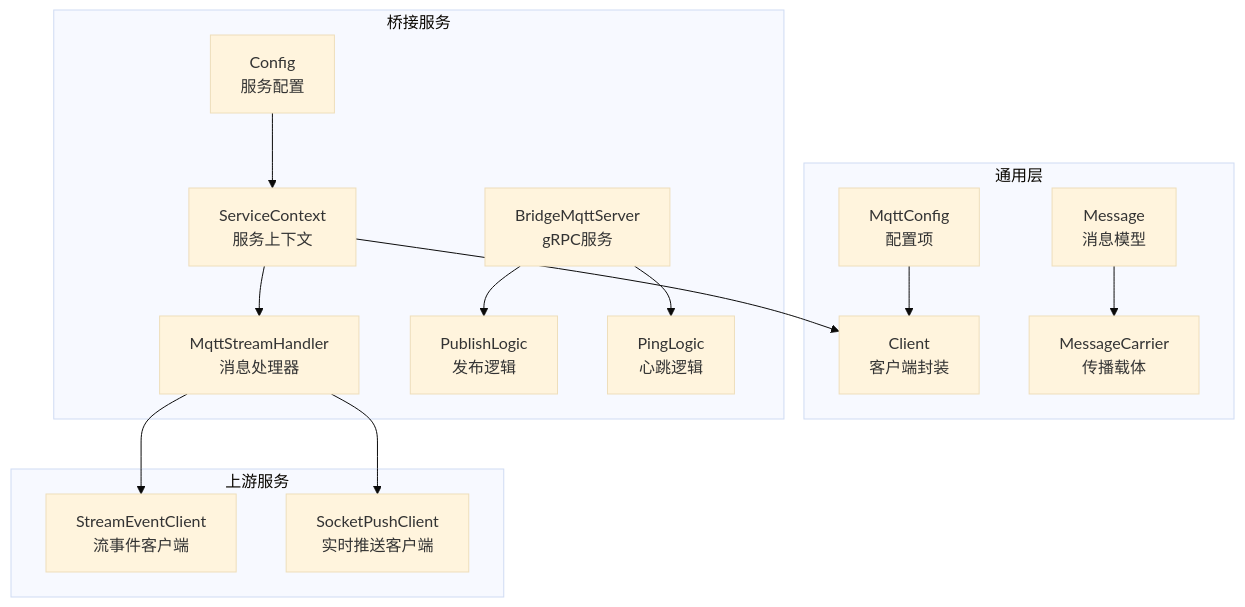
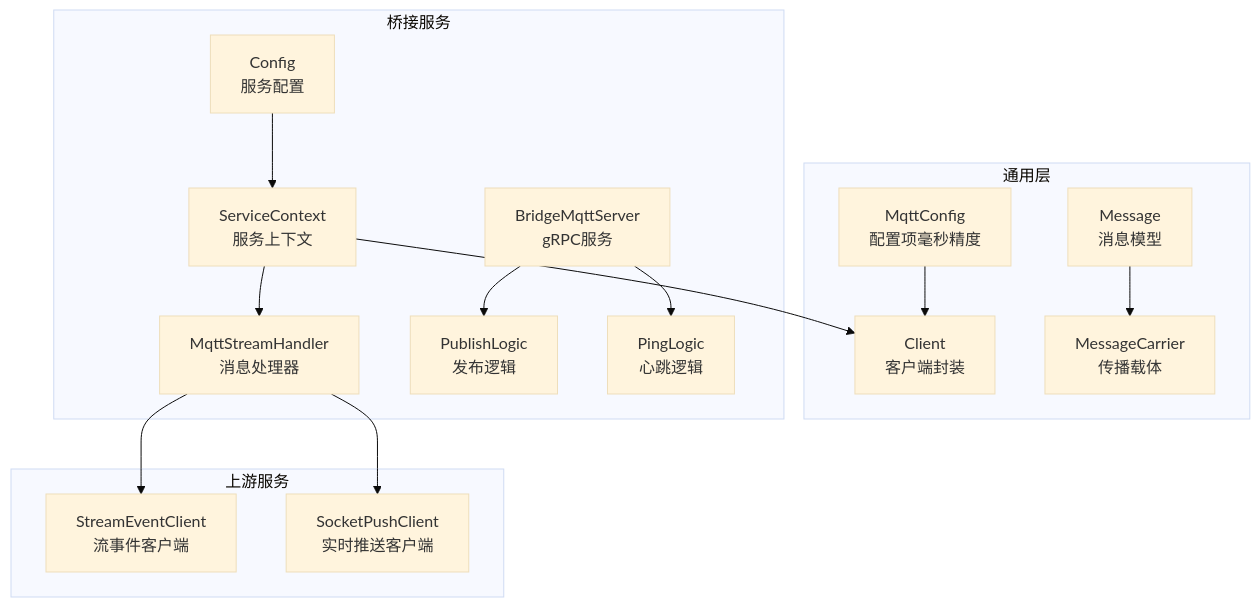
Before and after one commit to maomao94/zero-service: the first of 7 diagrams in .qoder/repowiki/zh/content/核心服务详解/MQTT 协议桥接服务/MQTT 客户端管理.md, drawn with Mermaid (base theme). The commit also changed other lines of this file and 59 other files, not shown here.

````diff
--- a/.qoder/repowiki/zh/content/核心服务详解/MQTT 协议桥接服务/MQTT 客户端管理.md
+++ b/.qoder/repowiki/zh/content/核心服务详解/MQTT 协议桥接服务/MQTT 客户端管理.md
@@ -41,30 +52,30 @@
 ```mermaid
 graph TB
 subgraph "通用层"
-MQTTCfg["MqttConfig<br/>配置项"]
+MQTTCfg["MqttConfig<br/>配置项毫秒精度"]
 MQTTClient["Client<br/>客户端封装"]
 Message["Message<br/>消息模型"]
 Carrier["MessageCarrier<br/>传播载体"]
 end
 subgraph "桥接服务"
 Cfg["Config<br/>服务配置"]
 Svc["ServiceContext<br/>服务上下文"]
 Handler["MqttStreamHandler<br/>消息处理器"]
 Server["BridgeMqttServer<br/>gRPC服务"]
 LogicPub["PublishLogic<br/>发布逻辑"]
 LogicPing["PingLogic<br/>心跳逻辑"]
 end
 subgraph "上游服务"
 StreamEvent["StreamEventClient<br/>流事件客户端"]
 SocketPush["SocketPushClient<br/>实时推送客户端"]
 end
 MQTTCfg --> MQTTClient
 Message --> Carrier
 Cfg --> Svc
 Svc --> MQTTClient
 Svc --> Handler
 Handler --> StreamEvent
 Handler --> SocketPush
 Server --> LogicPub
 Server --> LogicPing
 ```
````
